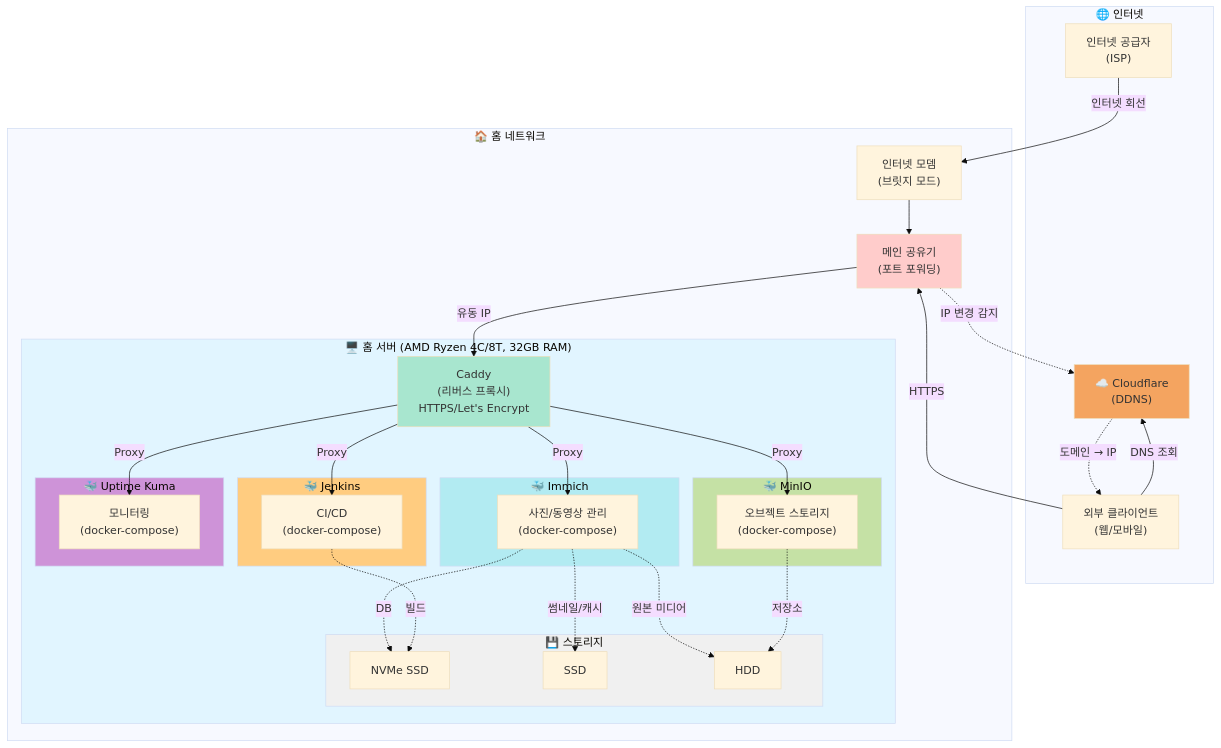
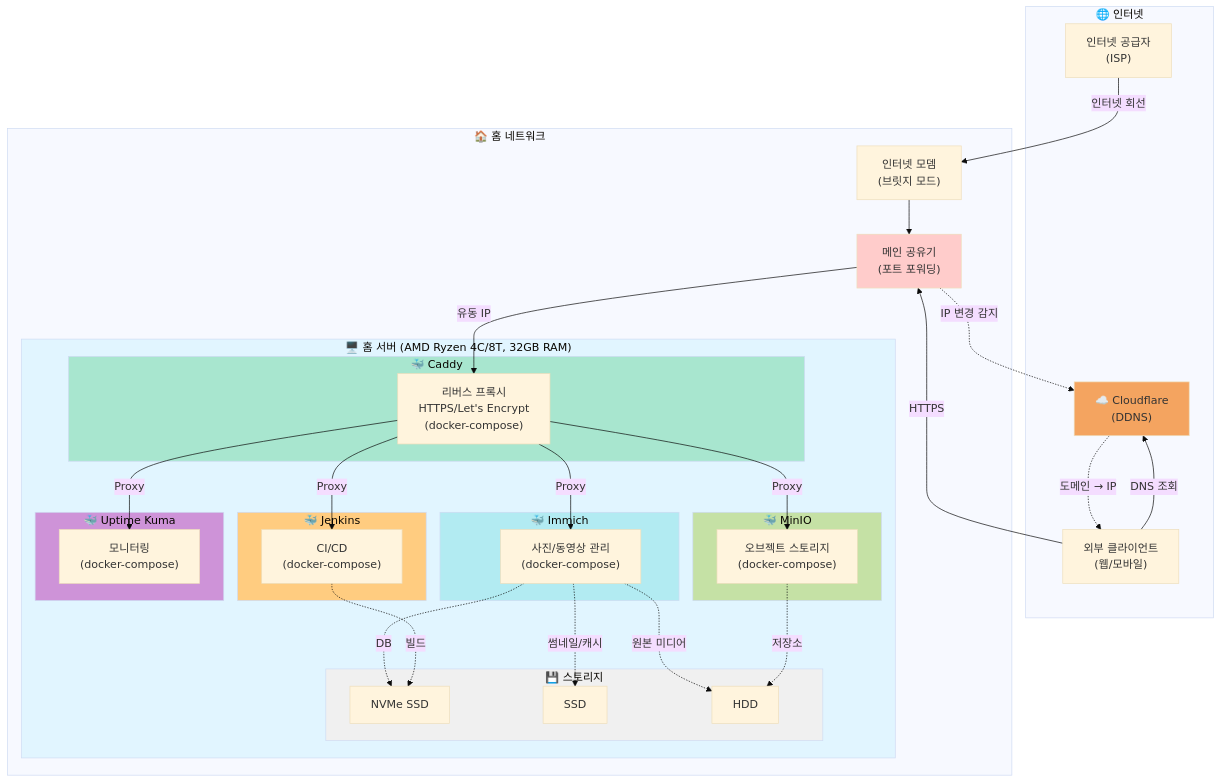
Before and after one commit to shaul1991/shaul1991: the diagram in README.md, drawn with Mermaid (base theme). The commit also changed other lines of this file, not shown here.

Commit message:
Add Caddy as independent service
- 서비스 목록에 Caddy 추가 (리버스 프록시 / HTTPS 자동화)
- Caddy를 독립적인 서비스 영역(subgraph)으로 표현
- 다른 서비스들과 동일한 형태로 docker-compose 표시
- CaddyService 스타일 적용 (녹색 계열)

````diff
--- a/README.md
+++ b/README.md
@@ -28,69 +29,71 @@
 ```mermaid
 graph TB
     subgraph Internet["🌐 인터넷"]
         ISP["인터넷 공급자<br/>(ISP)"]
         Client["외부 클라이언트<br/>(웹/모바일)"]
         Cloudflare["☁️ Cloudflare<br/>(DDNS)"]
     end
 
     subgraph HomeNetwork["🏠 홈 네트워크"]
         Modem["인터넷 모뎀<br/>(브릿지 모드)"]
         Router["메인 공유기<br/>(포트 포워딩)"]
 
         subgraph Server["🖥️ 홈 서버 (AMD Ryzen 4C/8T, 32GB RAM)"]
-            Caddy["Caddy<br/>(리버스 프록시)<br/>HTTPS/Let's Encrypt"]
+            subgraph CaddyService["🐳 Caddy"]
+                Caddy["리버스 프록시<br/>HTTPS/Let's Encrypt<br/>(docker-compose)"]
+            end
 
             subgraph ImmichService["🐳 Immich"]
                 Immich["사진/동영상 관리<br/>(docker-compose)"]
             end
 
             subgraph MinIOService["🐳 MinIO"]
                 MinIO["오브젝트 스토리지<br/>(docker-compose)"]
             end
 
             subgraph JenkinsService["🐳 Jenkins"]
                 Jenkins["CI/CD<br/>(docker-compose)"]
             end
 
             subgraph KumaService["🐳 Uptime Kuma"]
                 Kuma["모니터링<br/>(docker-compose)"]
             end
 
             subgraph Storage["💾 스토리지"]
                 NVMe["NVMe SSD"]
                 SSD["SSD"]
                 HDD["HDD"]
             end
         end
     end
 
     ISP -->|인터넷 회선| Modem
     Modem --> Router
     Router -->|유동 IP| Caddy
     Router -.->|IP 변경 감지| Cloudflare
 
     Client -->|DNS 조회| Cloudflare
     Cloudflare -.->|도메인 → IP| Client
     Client -->|HTTPS| Router
 
     Caddy -->|Proxy| Immich
     Caddy -->|Proxy| MinIO
     Caddy -->|Proxy| Jenkins
     Caddy -->|Proxy| Kuma
 
     Immich -.->|DB| NVMe
     Immich -.->|썸네일/캐시| SSD
     Immich -.->|원본 미디어| HDD
     MinIO -.->|저장소| HDD
     Jenkins -.->|빌드| NVMe
 
     style Server fill:#e1f5ff
+    style CaddyService fill:#a8e6cf
     style ImmichService fill:#b2ebf2
     style MinIOService fill:#c5e1a5
     style JenkinsService fill:#ffcc80
     style KumaService fill:#ce93d8
     style Storage fill:#f0f0f0
-    style Caddy fill:#a8e6cf
     style Cloudflare fill:#f4a460
     style Router fill:#ffcccb
 ```
````
